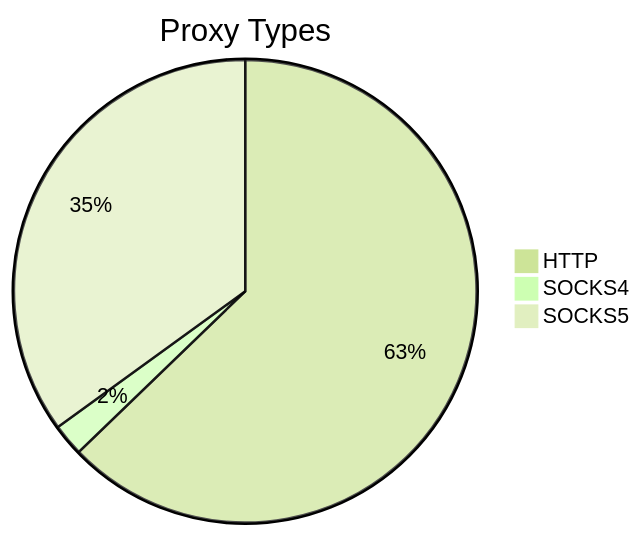
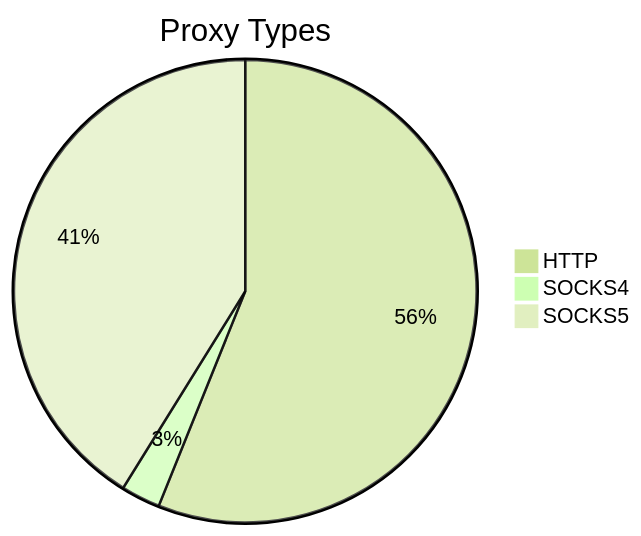
One commit to stormsia/proxy-list changed the first of 2 diagrams in README.md. Above: the diagram before and after it, drawn with Mermaid (forest theme). The commit also changed other lines of this file, not shown here.

````diff
--- a/README.md
+++ b/README.md
@@ -21,6 +21,6 @@
 ```mermaid
 pie title Proxy Types
-    "HTTP" : 140
-    "SOCKS4" : 5
-    "SOCKS5" : 78
+    "HTTP" : 184
+    "SOCKS4" : 9
+    "SOCKS5" : 135
 ```
````
